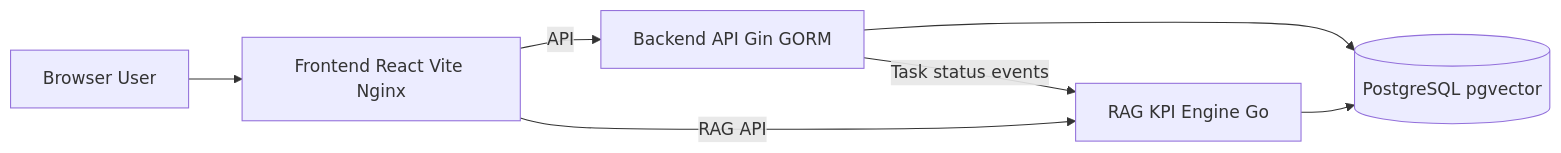
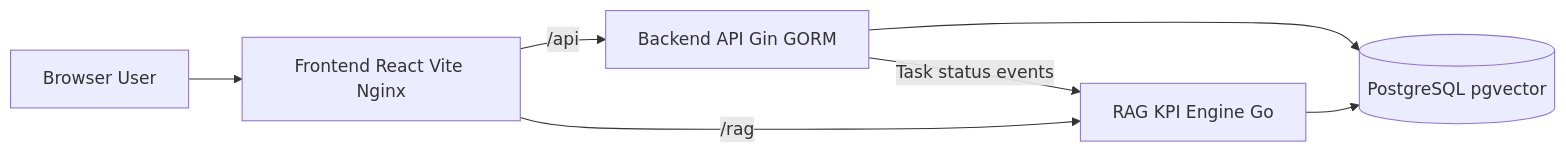
One commit to NuhashMaq/Vivasoft-OMS-Project changed the first of 3 diagrams in README.md. Above: the diagram before and after it, drawn with Mermaid. The commit also changed other lines of this file and 3 other files, not shown here.

````diff
--- a/README.md
+++ b/README.md
@@ -66,9 +64,9 @@
 ```mermaid
 graph LR
   U[Browser User] --> FE[Frontend React Vite Nginx]
-  FE -->|API| BE[Backend API Gin GORM]
-  FE -->|RAG API| RAG[RAG KPI Engine Go]
+  FE -->|/api| BE[Backend API Gin GORM]
+  FE -->|/rag| RAG[RAG KPI Engine Go]
   BE --> DB[(PostgreSQL pgvector)]
   RAG --> DB
   BE -->|Task status events| RAG
 ```
````
